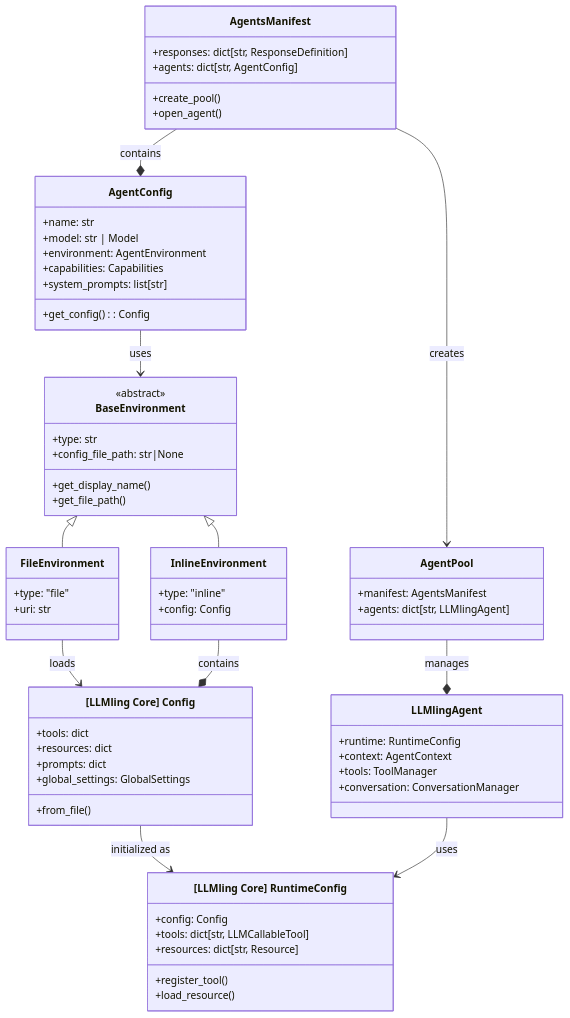
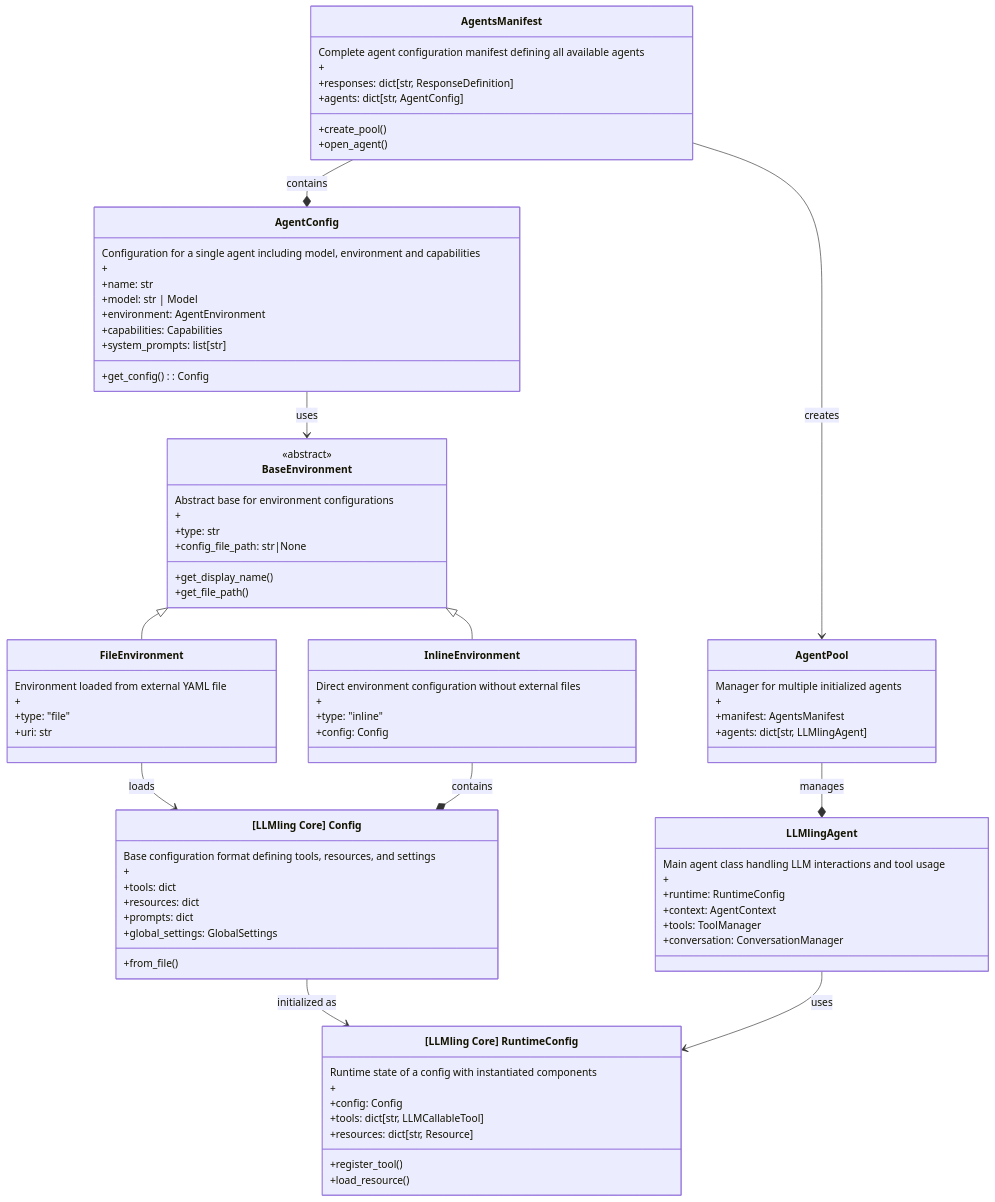
The diagram in README.md (uk0/llmling-agent), drawn with Mermaid before and after one commit.

```diff
--- a/README.md
+++ b/README.md
@@ -332,8 +332,9 @@
     Config --> RuntimeConfig : initialized as
     LLMlingAgent --> RuntimeConfig : uses
 
-    %% LLMling Core components
     class Config ["[LLMling Core] Config"] {
+        Base configuration format defining tools, resources, and settings
+        +
         +tools: dict
         +resources: dict
         +prompts: dict
@@ -342,6 +343,8 @@
     }
 
     class RuntimeConfig ["[LLMling Core] RuntimeConfig"] {
+        Runtime state of a config with instantiated components
+        +
         +config: Config
         +tools: dict[str, LLMCallableTool]
         +resources: dict[str, Resource]
@@ -350,6 +353,8 @@
     }
 
     class AgentsManifest {
+        Complete agent configuration manifest defining all available agents
+        +
         +responses: dict[str, ResponseDefinition]
         +agents: dict[str, AgentConfig]
         +create_pool()
@@ -357,6 +362,8 @@
     }
 
     class AgentConfig {
+        Configuration for a single agent including model, environment and capabilities
+        +
         +name: str
         +model: str | Model
         +environment: AgentEnvironment
@@ -366,7 +373,9 @@
     }
 
     class BaseEnvironment {
+        Abstract base for environment configurations
         <<abstract>>
+        +
         +type: str
         +config_file_path: str|None
         +get_display_name()
@@ -374,21 +383,29 @@
     }
 
     class FileEnvironment {
+        Environment loaded from external YAML file
+        +
         +type: "file"
         +uri: str
     }
 
     class InlineEnvironment {
+        Direct environment configuration without external files
+        +
         +type: "inline"
         +config: Config
     }
 
     class AgentPool {
+        Manager for multiple initialized agents
+        +
         +manifest: AgentsManifest
         +agents: dict[str, LLMlingAgent]
     }
 
     class LLMlingAgent {
+        Main agent class handling LLM interactions and tool usage
+        +
         +runtime: RuntimeConfig
         +context: AgentContext
         +tools: ToolManager
```
